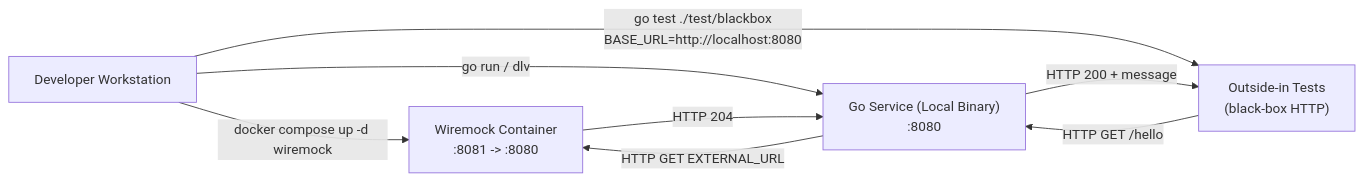
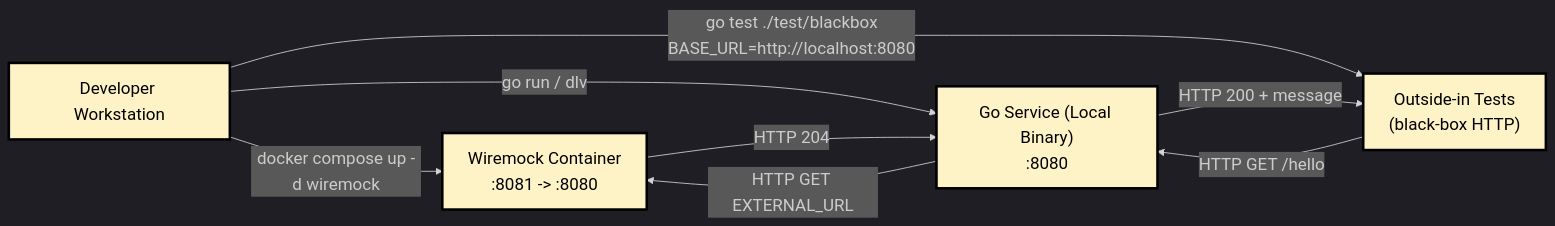
The fourth of 4 diagrams in docs/architecture.md (cazlo/go-outside-in-testing-strategy-example), drawn with Mermaid before and after one commit. The commit also changed other lines of this file and 1 other file, not shown here.

````diff
--- a/docs/architecture.md
+++ b/docs/architecture.md
@@ -85,13 +110,17 @@
 ```mermaid
-
+%%{init: {'theme': 'dark', 'themeVariables': { 'fontSize': '20px', 'fontFamily': 'arial'}}}%%
 flowchart LR
   Dev[Developer Workstation] -->|docker compose up -d wiremock| WM[Wiremock Container<br/>:8081 -> :8080]
   Dev -->|go run / dlv| SvcLocal["`Go Service (Local Binary)<br/>:8080`"]
   Dev -->|go test ./test/blackbox<br/>BASE_URL=http://localhost:8080| Tests["`Outside-in Tests<br/>(black-box HTTP)`"]
 
   Tests -->|HTTP GET /hello| SvcLocal
   SvcLocal -->|HTTP GET EXTERNAL_URL| WM
   WM -->|HTTP 204| SvcLocal
   SvcLocal -->|HTTP 200 + message| Tests
 
+  classDef default fill:#1F2937,stroke:#FFFFFF,stroke-width:2px,color:#FFFFFF
+  classDef highlight fill:#FEF3C7,stroke:#000000,stroke-width:3px,color:#000000
+  
+  class Dev,WM,SvcLocal,Tests highlight
 ```
````
